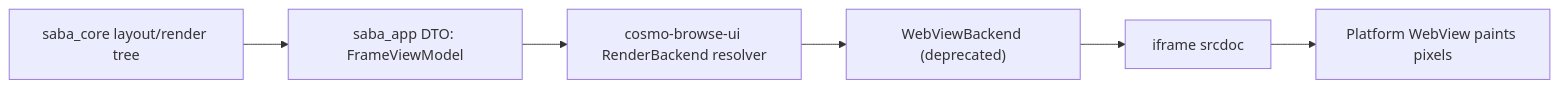
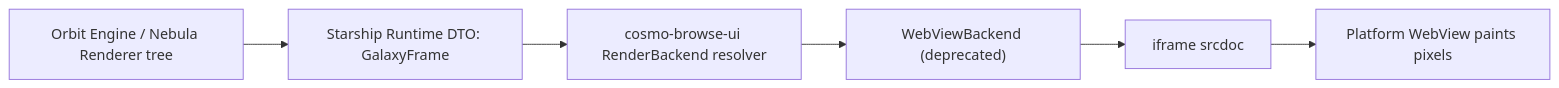
Before and after one commit to pkaiy81/CosmoBrowse: the third of 3 diagrams in docs/architecture/render-pipeline.md, drawn with Mermaid. The commit also changed other lines of this file and 56 other files, not shown here.

Commit message:
Migrate runtime/core naming to cosmic crates and add saba_ lint

````diff
--- a/docs/architecture/render-pipeline.md
+++ b/docs/architecture/render-pipeline.md
@@ -27,8 +27,8 @@
 ```mermaid
 flowchart LR
-  A["saba_core layout/render tree"] --> B["saba_app DTO: FrameViewModel"]
+  A["Orbit Engine / Nebula Renderer tree"] --> B["Starship Runtime DTO: GalaxyFrame"]
   B --> C["cosmo-browse-ui RenderBackend resolver"]
   C --> D["WebViewBackend (deprecated)"]
   D --> E["iframe srcdoc"]
   E --> F["Platform WebView paints pixels"]
 ```
````
